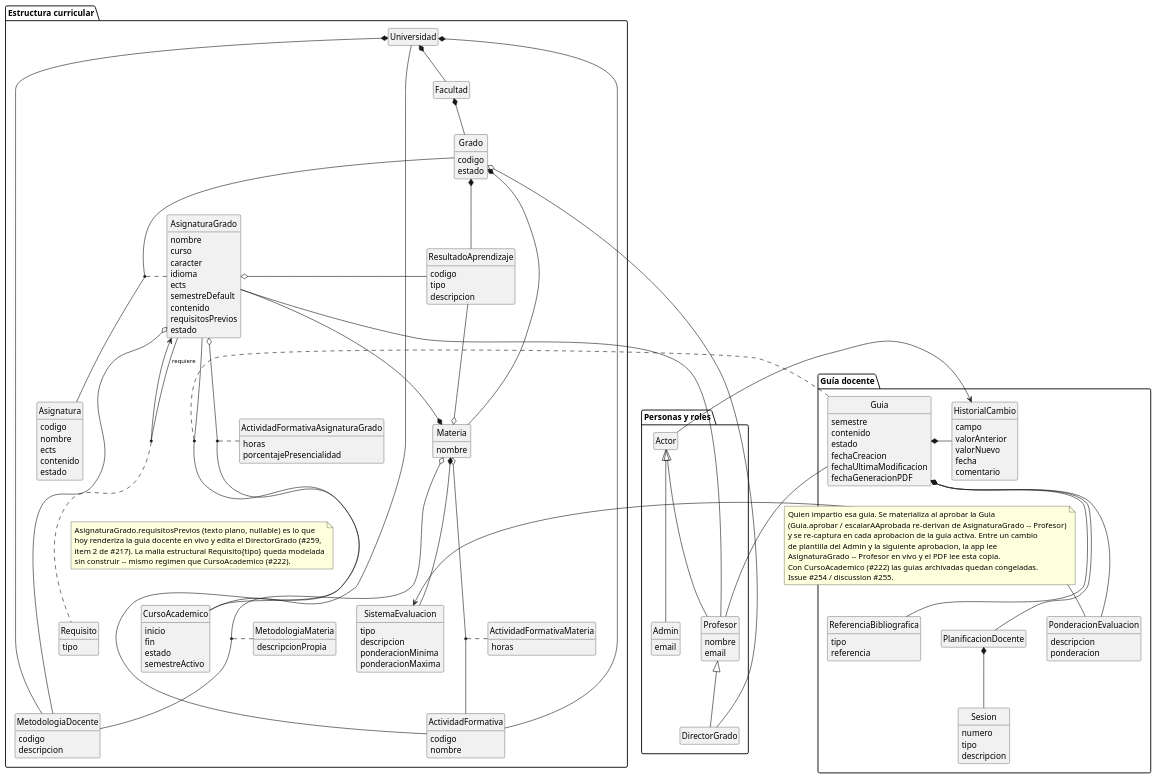
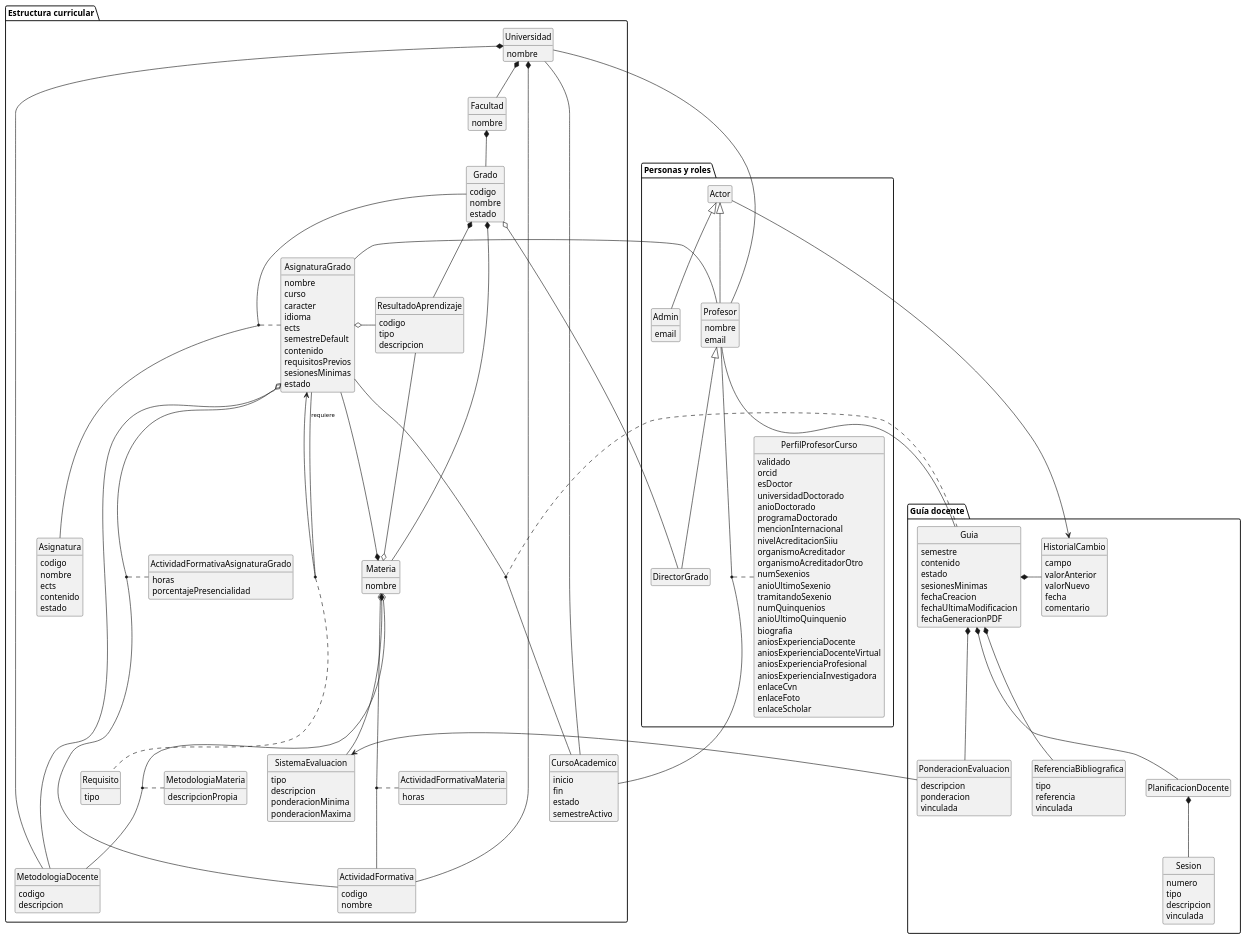
The diagram in RUP/00-modelo-del-dominio/modeloDominio.puml (mmasias/pyCeldaPublico), drawn with PlantUML before and after one commit. The commit also changed 6 other files, not shown here.

First line of the commit message:
docs: sincroniza modelo del dominio con la versión limpia de pyCelda

```diff
--- a/RUP/00-modelo-del-dominio/modeloDominio.puml
+++ b/RUP/00-modelo-del-dominio/modeloDominio.puml
@@ -4,10 +4,15 @@
 hide circle
 
 package "Estructura curricular" {
-  class Universidad
-  class Facultad
+  class Universidad {
+    nombre
+  }
+  class Facultad {
+    nombre
+  }
   class Grado {
     codigo
+    nombre
     estado
   }
   class Materia {
@@ -53,6 +58,7 @@
     semestreDefault
     contenido
     requisitosPrevios
+    sesionesMinimas
     estado
   }
 
@@ -92,12 +98,6 @@
   AsignaturaGrado --> AsignaturaGrado : <sub>requiere</sub>
   AsignaturaGrado -[hidden]r- Requisito
   (AsignaturaGrado, AsignaturaGrado) .. Requisito
-  note on link
-    AsignaturaGrado.requisitosPrevios (texto plano, nullable) es lo que
-    hoy renderiza la guia docente en vivo y edita el DirectorGrado (#259,
-    item 2 de #217). La malla estructural Requisito{tipo} queda modelada
-    sin construir -- mismo regimen que CursoAcademico (#222).
-  end note
   Universidad -- CursoAcademico
 }
 
@@ -106,6 +106,7 @@
     semestre
     contenido
     estado
+    sesionesMinimas
     fechaCreacion
     fechaUltimaModificacion
     fechaGeneracionPDF
@@ -121,6 +122,7 @@
   class PonderacionEvaluacion {
     descripcion
     ponderacion
+    vinculada
   }
 
   (AsignaturaGrado, CursoAcademico) .. Guia
@@ -131,6 +133,7 @@
   class ReferenciaBibliografica {
     tipo
     referencia
+    vinculada
   }
 
   Guia *-- ReferenciaBibliografica
@@ -140,6 +143,7 @@
     numero
     tipo
     descripcion
+    vinculada
   }
 
   Guia *-- PlanificacionDocente
@@ -156,24 +160,42 @@
     email
   }
   class DirectorGrado
+  class PerfilProfesorCurso {
+    validado
+    orcid
+    esDoctor
+    universidadDoctorado
+    anioDoctorado
+    programaDoctorado
+    mencionInternacional
+    nivelAcreditacionSiiu
+    organismoAcreditador
+    organismoAcreditadorOtro
+    numSexenios
+    anioUltimoSexenio
+    tramitandoSexenio
+    numQuinquenios
+    anioUltimoQuinquenio
+    biografia
+    aniosExperienciaDocente
+    aniosExperienciaDocenteVirtual
+    aniosExperienciaProfesional
+    aniosExperienciaInvestigadora
+    enlaceCvn
+    enlaceFoto
+    enlaceScholar
+  }
 
   Profesor -u-|> Actor
   Admin -u-|> Actor
   DirectorGrado -u-|> Profesor
   Actor -> HistorialCambio
+  Universidad -- Profesor
   AsignaturaGrado - Profesor
   Grado o- DirectorGrado
+  (Profesor, CursoAcademico) .. PerfilProfesorCurso
 }
 
 Guia -- Profesor
-note on link
-  Quien impartio esa guia. Se materializa al aprobar la Guia
-  (Guia.aprobar / escalarAAprobada re-derivan de AsignaturaGrado -- Profesor)
-  y se re-captura en cada aprobacion de la guia activa. Entre un cambio
-  de plantilla del Admin y la siguiente aprobacion, la app lee
-  AsignaturaGrado -- Profesor en vivo y el PDF lee esta copia.
-  Con CursoAcademico (#222) las guias archivadas quedan congeladas.
-  Issue #254 / discussion #255.
-end note
 
 @enduml
```
